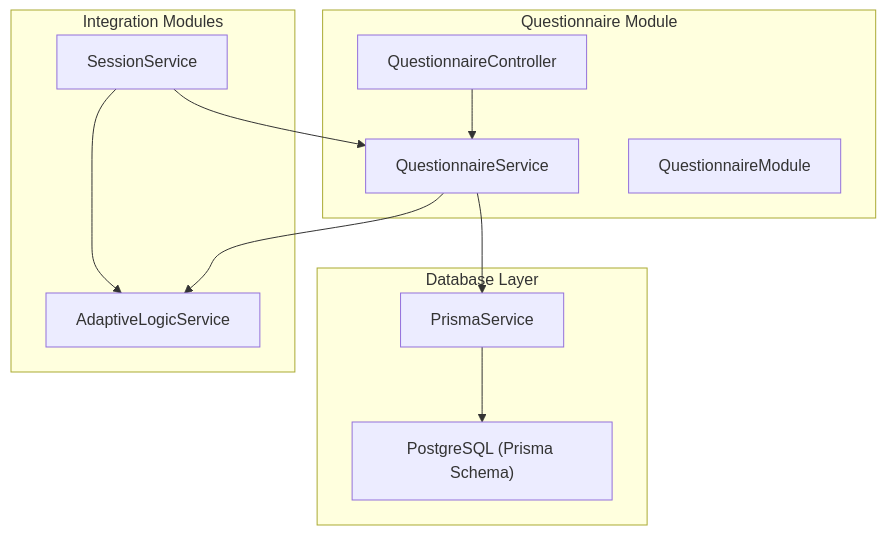
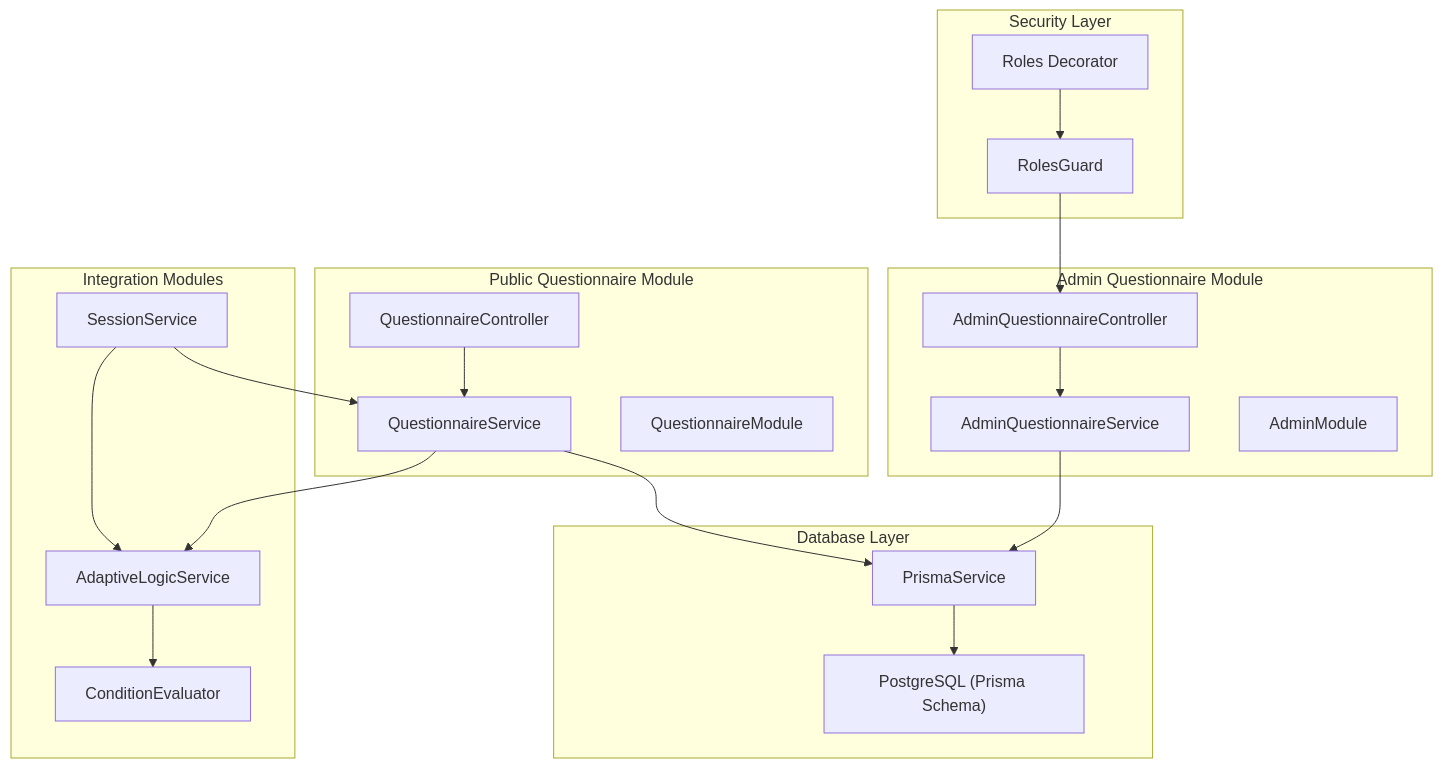
The first of 8 diagrams in .qoder/repowiki/en/content/Core Modules/Questionnaire Module.md (Avi-Bendetsky/Quiz-to-build), drawn with Mermaid before and after one commit. The commit also changed other lines of this file and 41 other files, not shown here.

````diff
--- a/.qoder/repowiki/en/content/Core Modules/Questionnaire Module.md
+++ b/.qoder/repowiki/en/content/Core Modules/Questionnaire Module.md
@@ -42,22 +59,37 @@
 ```mermaid
 graph TB
-subgraph "Questionnaire Module"
+subgraph "Public Questionnaire Module"
 QC["QuestionnaireController"]
 QS["QuestionnaireService"]
 QM["QuestionnaireModule"]
+end
+subgraph "Admin Questionnaire Module"
+AQC["AdminQuestionnaireController"]
+AQS["AdminQuestionnaireService"]
+AM["AdminModule"]
 end
 subgraph "Database Layer"
 PRISMA["PrismaService"]
 DB["PostgreSQL (Prisma Schema)"]
 end
+subgraph "Security Layer"
+RG["RolesGuard"]
+RD["Roles Decorator"]
+end
 subgraph "Integration Modules"
 ALS["AdaptiveLogicService"]
+CE["ConditionEvaluator"]
 SS["SessionService"]
 end
 QC --> QS
+AQC --> AQS
 QS --> PRISMA
+AQS --> PRISMA
 PRISMA --> DB
 SS --> QS
 SS --> ALS
 QS --> ALS
+RG --> AQC
+RD --> RG
+ALS --> CE
 ```
````
